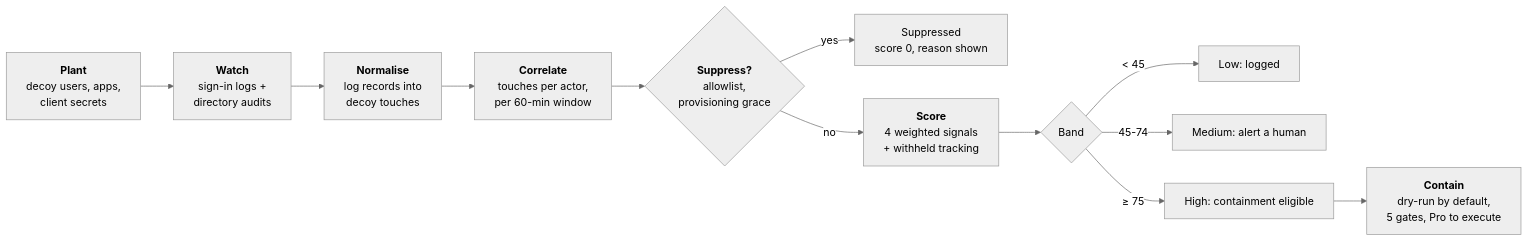
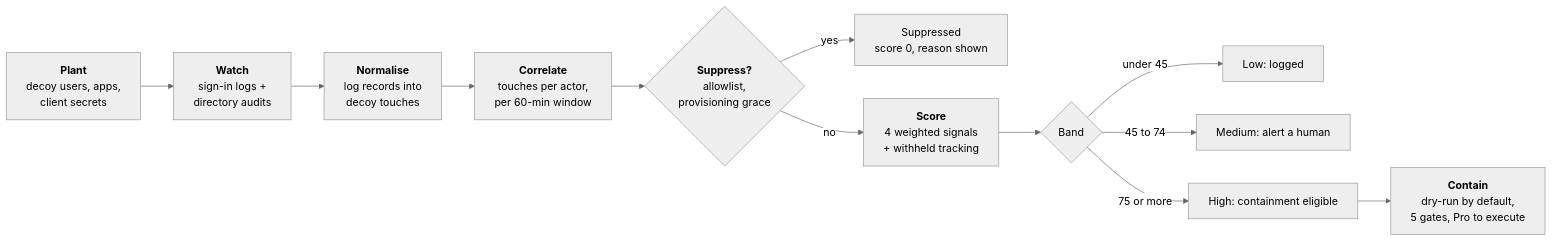
Before and after one commit to earbona23/entra-tripwire: the diagram in README.md, drawn with Mermaid (neutral theme).

Commit message:
docs: plain-text mermaid edge labels
HTML entities inside a mermaid edge label depend on htmlLabels being on. Words
render the same everywhere.

````diff
--- a/README.md
+++ b/README.md
@@ -99,14 +99,14 @@
 ```mermaid
 flowchart LR
     A["<b>Plant</b><br/>decoy users, apps,<br/>client secrets"] --> B["<b>Watch</b><br/>sign-in logs +<br/>directory audits"]
     B --> C["<b>Normalise</b><br/>log records into<br/>decoy touches"]
     C --> D["<b>Correlate</b><br/>touches per actor,<br/>per 60-min window"]
     D --> E{"<b>Suppress?</b><br/>allowlist,<br/>provisioning grace"}
     E -- yes --> F["Suppressed<br/>score 0, reason shown"]
     E -- no --> G["<b>Score</b><br/>4 weighted signals<br/>+ withheld tracking"]
     G --> H{"Band"}
-    H -- "&lt; 45" --> I["Low: logged"]
-    H -- "45-74" --> J["Medium: alert a human"]
-    H -- "&ge; 75" --> K["High: containment eligible"]
+    H -- "under 45" --> I["Low: logged"]
+    H -- "45 to 74" --> J["Medium: alert a human"]
+    H -- "75 or more" --> K["High: containment eligible"]
     K --> L["<b>Contain</b><br/>dry-run by default,<br/>5 gates, Pro to execute"]
 ```
````
